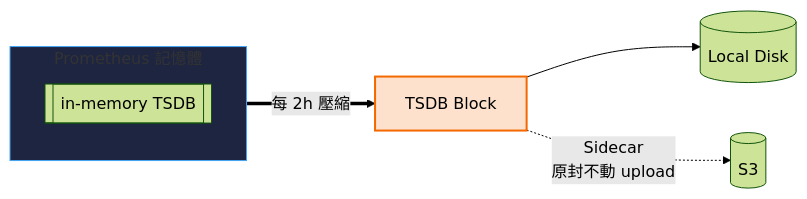
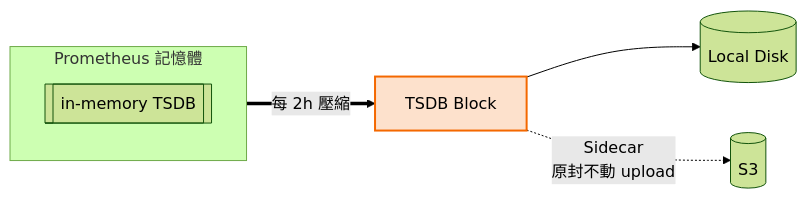
One commit to MikeHsu0618/mimir-talk changed the third of 6 diagrams in slides.md. Above: the diagram before and after it, drawn with Mermaid (forest theme). The commit also changed other lines of this file and 8 other files, not shown here.

````diff
--- a/slides.md
+++ b/slides.md
@@ -241,12 +211,11 @@
 ```mermaid {theme: 'dark', scale: 0.85}
 flowchart LR
     subgraph Prom["Prometheus 記憶體"]
       direction TB
       TSDB[[in-memory TSDB]]
     end
     TSDB ==>|每 2h 壓縮| B[TSDB Block]
     B --> LD[(Local Disk)]
     B -.->|Sidecar<br/>原封不動 upload| S3[(S3)]
     style B fill:#f4680033,stroke:#f46800,stroke-width:2px
-    style Prom fill:#1e2540,stroke:#42a5f5
 ```
````
